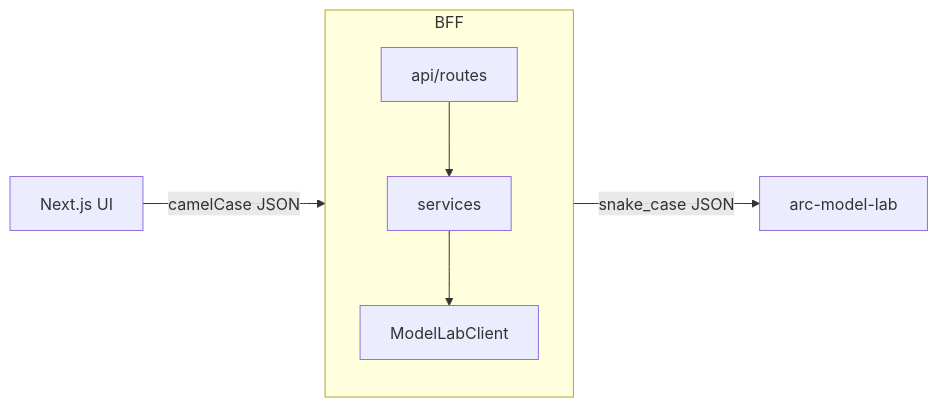
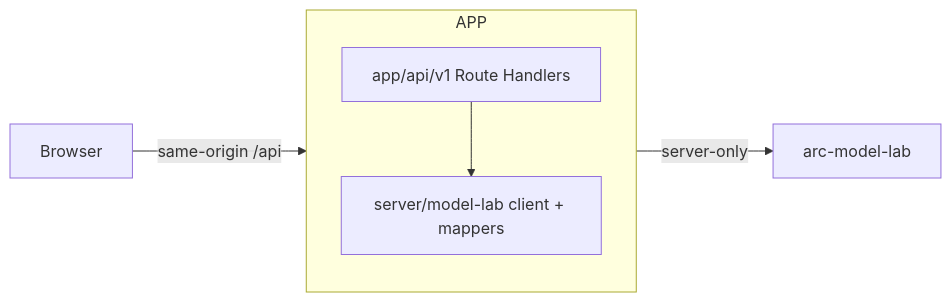
One commit to DimitarAtanassov/arc-platform changed the diagram in README.md. Above: the diagram before and after it, drawn with Mermaid. The commit also changed other lines of this file and 70 other files, not shown here.

````diff
--- a/README.md
+++ b/README.md
@@ -36,8 +33,8 @@
 ```mermaid
 flowchart LR
-    UI["Next.js UI"] -->|camelCase JSON| BFF["FastAPI BFF"]
-    BFF -->|snake_case JSON| ML["arc-model-lab"]
-    subgraph BFF
-      R["api/routes"] --> S["services"] --> C["ModelLabClient"]
+    B["Browser"] -->|same-origin /api| APP["Next.js app (UI + BFF)"]
+    APP -->|server-only| ML["arc-model-lab"]
+    subgraph APP
+      RH["app/api/v1 Route Handlers"] --> CL["server/model-lab client + mappers"]
     end
 ```
````
